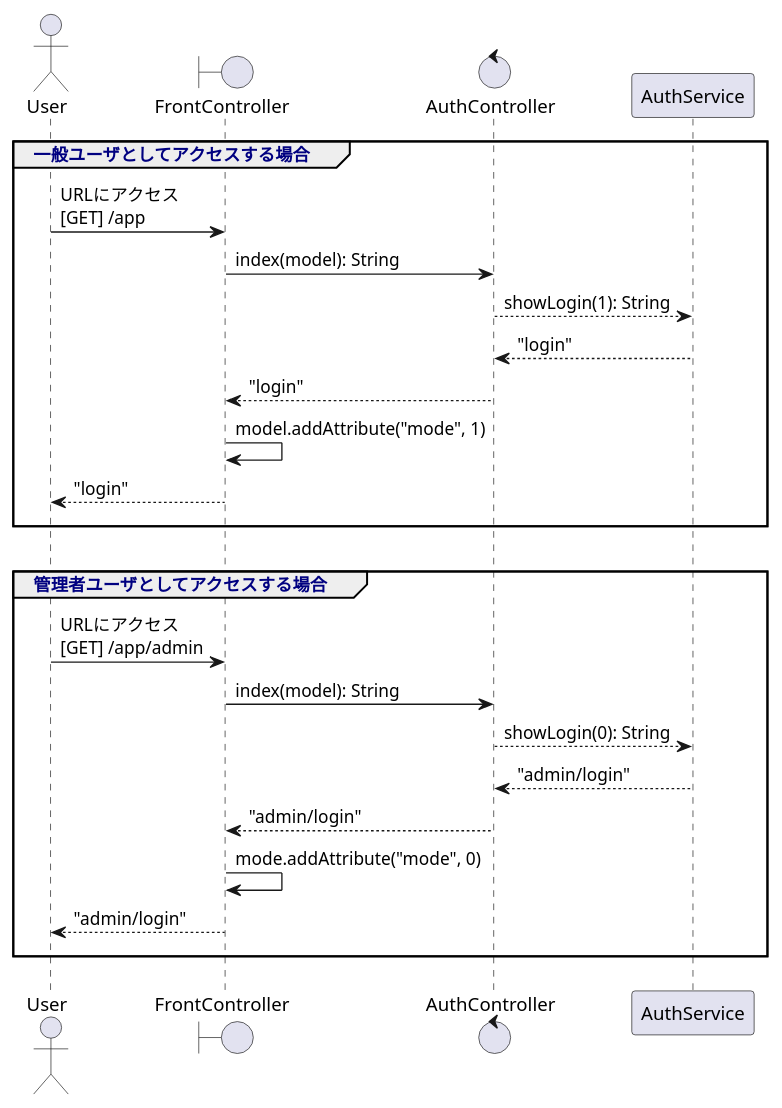
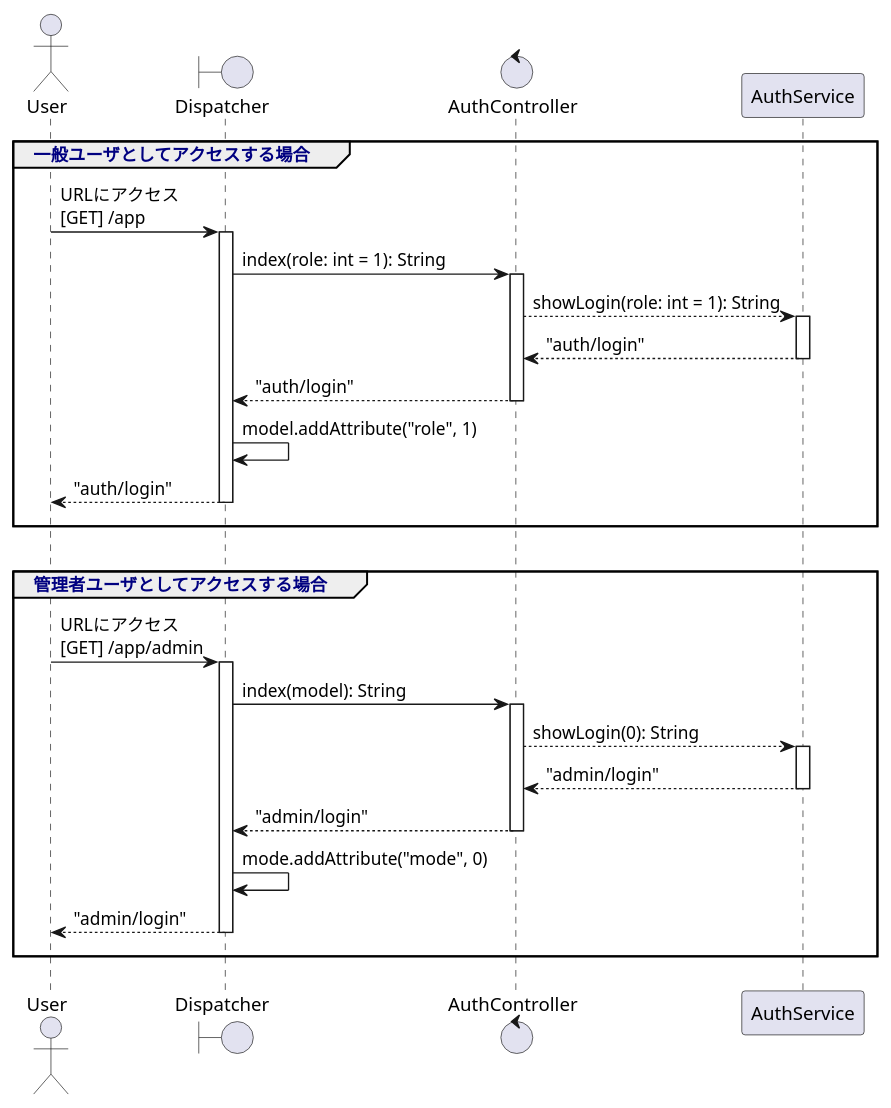
The diagram in docs/uml/01_auth/gotoLogin_physical.pu (2023systems-teacher001/spring-template-system), drawn with PlantUML before and after one commit. The commit also changed 4 other files, not shown here.

```diff
--- a/docs/uml/01_auth/gotoLogin_physical.pu
+++ b/docs/uml/01_auth/gotoLogin_physical.pu
@@ -1,33 +1,45 @@
 @startuml gotoLogin
 	actor User as client
-	boundary FrontController as fc
+	boundary Dispatcher as dp
 	control AuthController as ac
 	participant AuthService as as
 	
 	group <font color="Navy">一般ユーザとしてアクセスする場合
 		||7||
-		client -> fc: URLにアクセス\n[GET] /app
-		fc  -> ac: index(model): String
-		ac --> as: showLogin(1): String
-		ac <-- as: "login"
-		ac --> fc: "login"
-		fc  -> fc: model.addAttribute("mode", 1)
-		fc --> client: "login"
+		client -> dp: URLにアクセス\n[GET] /app
+		activate dp
+		dp  -> ac: index(role: int = 1): String
+		activate ac
+		ac --> as: showLogin(role: int = 1): String
+		activate as
+		ac <-- as: "auth/login"
+		deactivate as
+		ac --> dp: "auth/login"
+		deactivate ac
+		dp  -> dp: model.addAttribute("role", 1)
+		dp --> client: "auth/login"
+		deactivate dp
 		||10||
 	end
 
 	||20||
 
 	group <font color="Navy">管理者ユーザとしてアクセスする場合
 		||7||
-		client -> fc: URLにアクセス\n[GET] /app/admin
-		fc  -> ac: index(model): String
+		client -> dp: URLにアクセス\n[GET] /app/admin
+		activate dp
+		dp  -> ac: index(model): String
+		activate ac
 		ac --> as: showLogin(0): String
+		activate as
 		ac <-- as: "admin/login"
-		ac --> fc: "admin/login"
-		fc  -> fc: mode.addAttribute("mode", 0)
-		fc --> client: "admin/login"
+		deactivate as
+		ac --> dp: "admin/login"
+		deactivate ac
+		dp  -> dp: mode.addAttribute("mode", 0)
+		dp --> client: "admin/login"
+		deactivate dp
 		||10||
 	end
 	||10||
 @enduml
```
